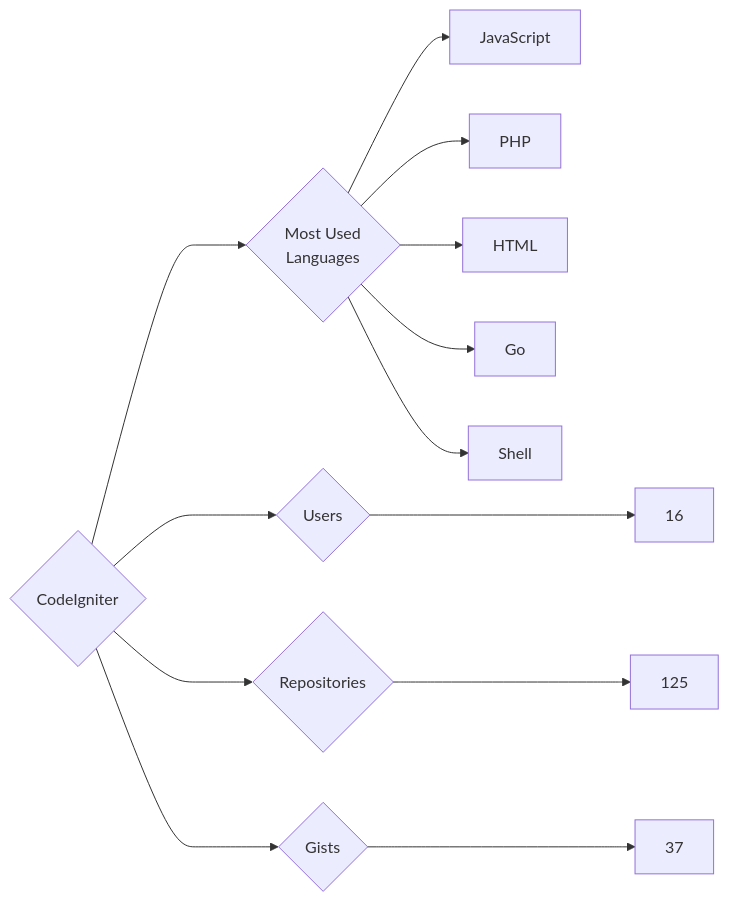
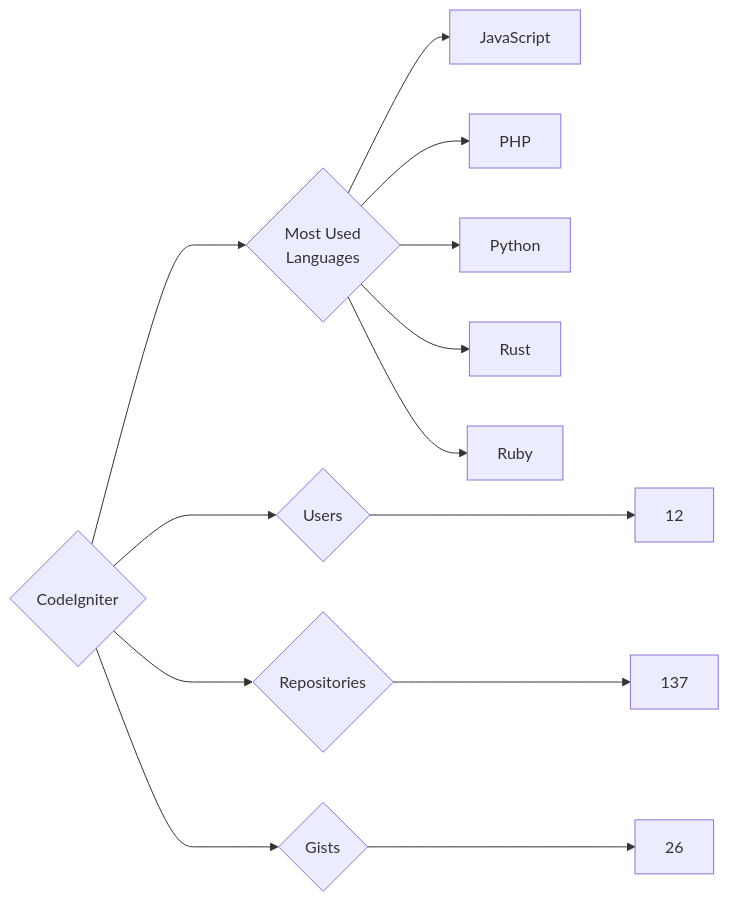
One commit to trickest/insiders changed the diagram in targets/CodeIgniter/README.md. Above: the diagram before and after it, drawn with Mermaid. The commit also changed 1195 other files, not shown here.

````diff
--- a/targets/CodeIgniter/README.md
+++ b/targets/CodeIgniter/README.md
@@ -3,13 +3,13 @@
 ```mermaid
 graph LR
 COMPANY_NAME{CodeIgniter}
-COMPANY_NAME ---> U{Users} ---> UN[16]
-COMPANY_NAME ---> R{Repositories} ---> RN[125]
-COMPANY_NAME ---> G{Gists} ---> GN[37]
+COMPANY_NAME ---> U{Users} ---> UN[12]
+COMPANY_NAME ---> R{Repositories} ---> RN[137]
+COMPANY_NAME ---> G{Gists} ---> GN[26]
 COMPANY_NAME ---> ML{Most Used<br>Languages}
 ML --> JavaScript[JavaScript]
 ML --> PHP[PHP]
-ML --> HTML[HTML]
-ML --> Go[Go]
-ML --> Shell[Shell]
+ML --> Python[Python]
+ML --> Rust[Rust]
+ML --> Ruby[Ruby]
 ```
````
